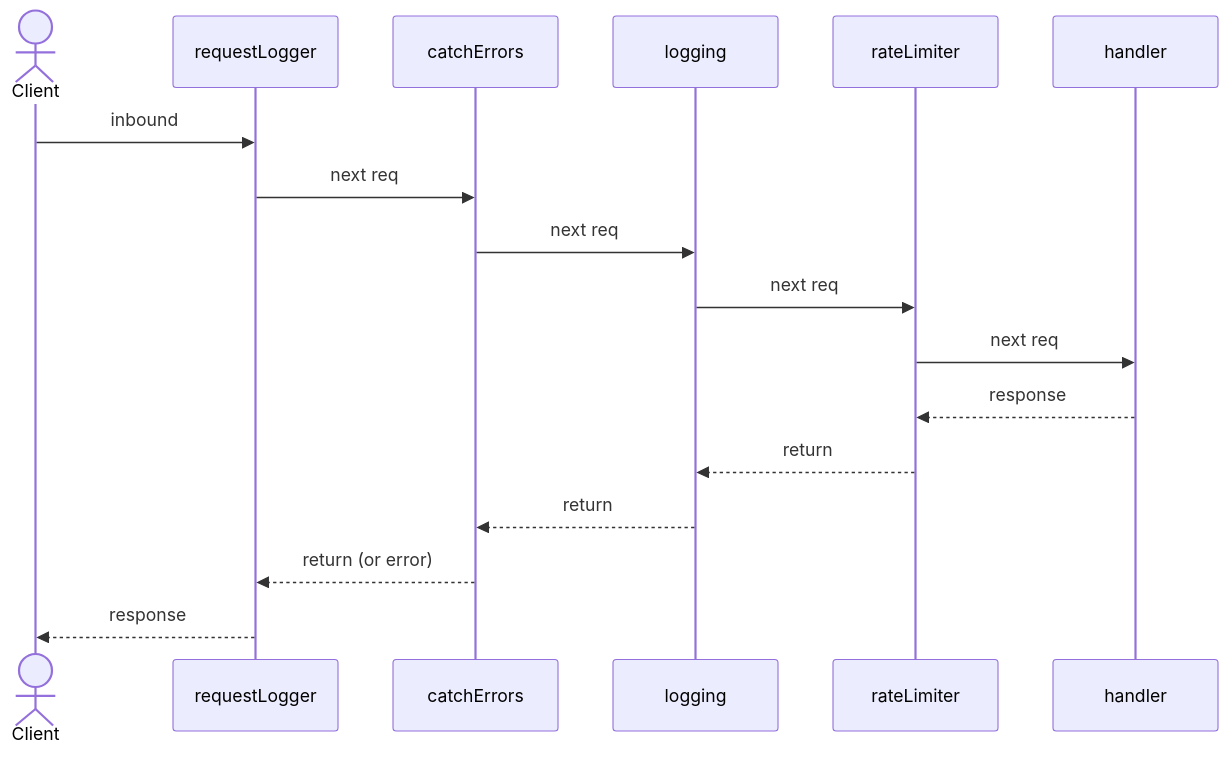
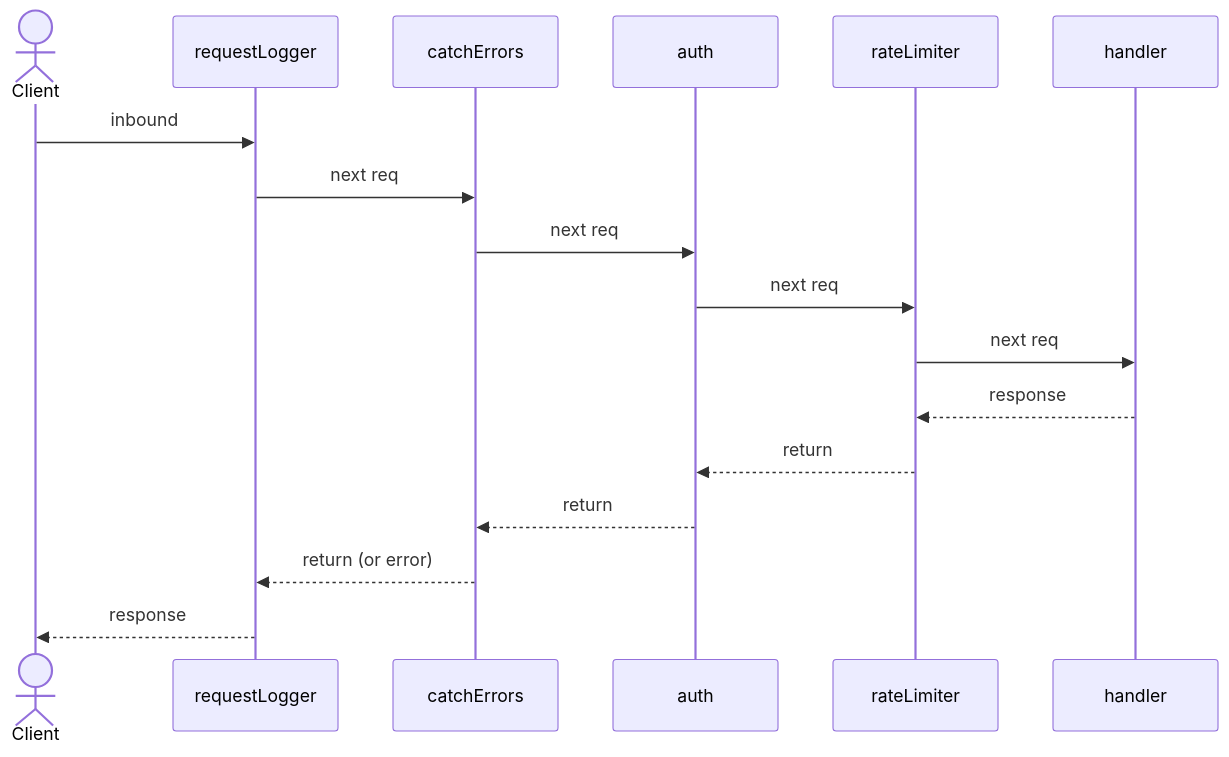
The diagram in README.md (ecyrbe/leanio), drawn with Mermaid before and after one commit. The commit also changed other lines of this file, not shown here.

Commit message:
docs: better middleware example

````diff
--- a/README.md
+++ b/README.md
@@ -219,19 +219,19 @@
 ```mermaid
 sequenceDiagram
   actor Client
   participant RL as requestLogger
   participant CE as catchErrors
-  participant LG as logging
+  participant AU as auth
   participant RT as rateLimiter
   participant H as handler
   Client->>RL: inbound
   RL->>CE: next req
-  CE->>LG: next req
-  LG->>RT: next req
+  CE->>AU: next req
+  AU->>RT: next req
   RT->>H: next req
   H-->>RT: response
-  RT-->>LG: return
-  LG-->>CE: return
+  RT-->>AU: return
+  AU-->>CE: return
   CE-->>RL: return (or error)
   RL-->>Client: response
 ```
````
